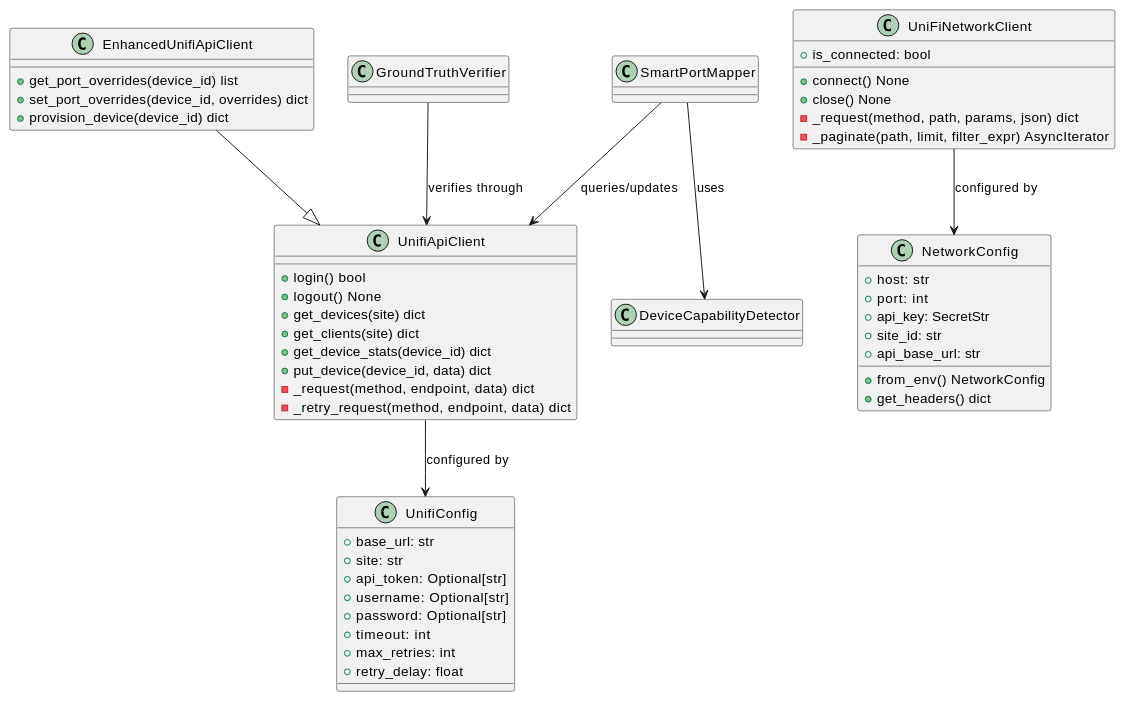
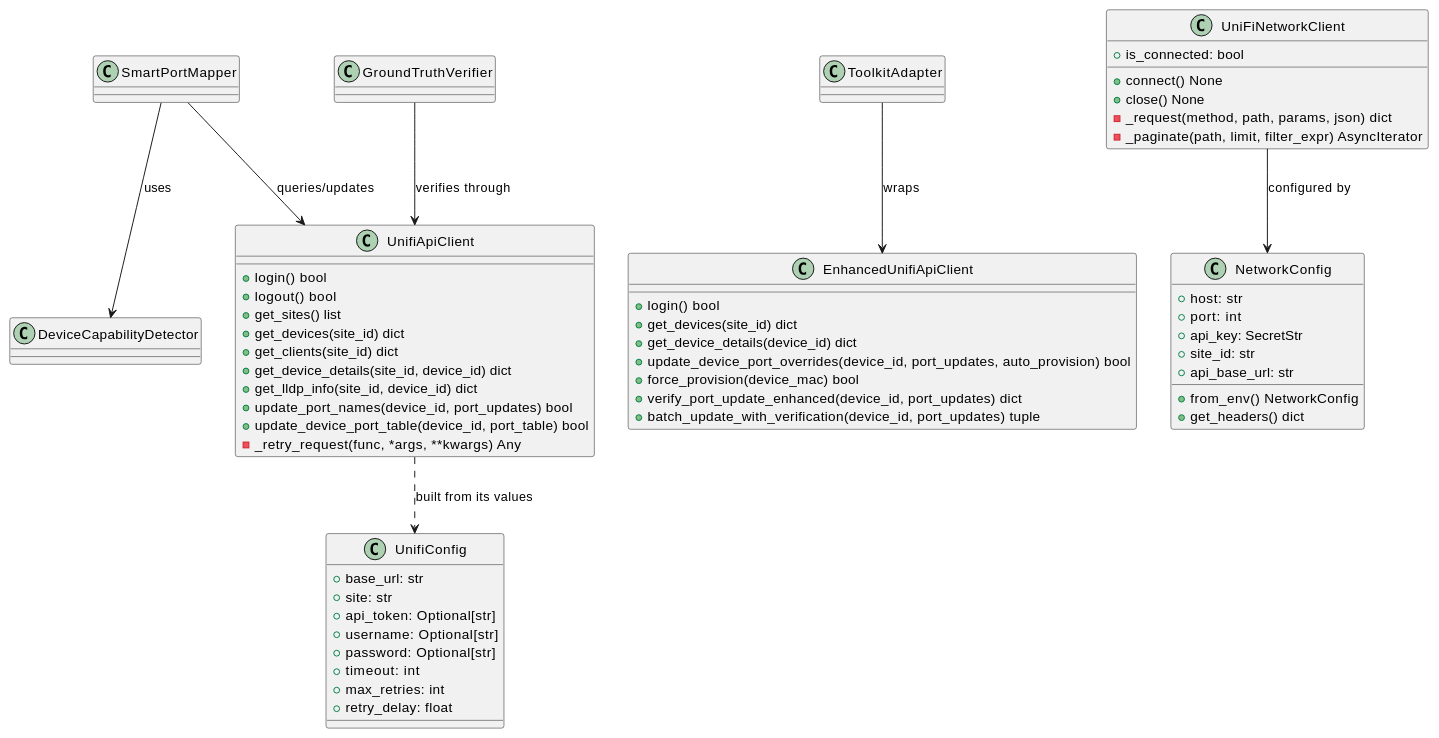
Before and after one commit to NetDevAutomate/unifi_management_cli: the second of 3 diagrams in docs/architecture/providers/unifi-network.md, drawn with PlantUML. The commit also changed other lines of this file and 2 other files, not shown here.

First line of the commit message:
docs(architecture): refresh the C4 and overview docs

````diff
--- a/docs/architecture/providers/unifi-network.md
+++ b/docs/architecture/providers/unifi-network.md
@@ -73,60 +95,67 @@
 ```plantuml
 @startuml UniFiNetworkProviderClasses
 class UnifiConfig {
   +base_url: str
   +site: str
   +api_token: Optional[str]
   +username: Optional[str]
   +password: Optional[str]
   +timeout: int
   +max_retries: int
   +retry_delay: float
 }
 
 class UnifiApiClient {
   +login() bool
-  +logout() None
-  +get_devices(site) dict
-  +get_clients(site) dict
-  +get_device_stats(device_id) dict
-  +put_device(device_id, data) dict
-  -_request(method, endpoint, data) dict
-  -_retry_request(method, endpoint, data) dict
+  +logout() bool
+  +get_sites() list
+  +get_devices(site_id) dict
+  +get_clients(site_id) dict
+  +get_device_details(site_id, device_id) dict
+  +get_lldp_info(site_id, device_id) dict
+  +update_port_names(device_id, port_updates) bool
+  +update_device_port_table(device_id, port_table) bool
+  -_retry_request(func, *args, **kwargs) Any
 }
 
 class EnhancedUnifiApiClient {
-  +get_port_overrides(device_id) list
-  +set_port_overrides(device_id, overrides) dict
-  +provision_device(device_id) dict
+  +login() bool
+  +get_devices(site_id) dict
+  +get_device_details(device_id) dict
+  +update_device_port_overrides(device_id, port_updates, auto_provision) bool
+  +force_provision(device_mac) bool
+  +verify_port_update_enhanced(device_id, port_updates) dict
+  +batch_update_with_verification(device_id, port_updates) tuple
 }
 
 class NetworkConfig {
   +host: str
   +port: int
   +api_key: SecretStr
   +site_id: str
   +api_base_url: str
   +from_env() NetworkConfig
   +get_headers() dict
 }
 
 class UniFiNetworkClient {
   +connect() None
   +close() None
   +is_connected: bool
   -_request(method, path, params, json) dict
   -_paginate(path, limit, filter_expr) AsyncIterator
 }
 
+class ToolkitAdapter
 class SmartPortMapper
 class GroundTruthVerifier
 class DeviceCapabilityDetector
 
-EnhancedUnifiApiClient --|> UnifiApiClient
-UnifiApiClient --> UnifiConfig : configured by
+ToolkitAdapter --> EnhancedUnifiApiClient : wraps
+UnifiApiClient ..> UnifiConfig : built from its values
 SmartPortMapper --> UnifiApiClient : queries/updates
 SmartPortMapper --> DeviceCapabilityDetector : uses
 GroundTruthVerifier --> UnifiApiClient : verifies through
 UniFiNetworkClient --> NetworkConfig : configured by
 @enduml
 ```
````
